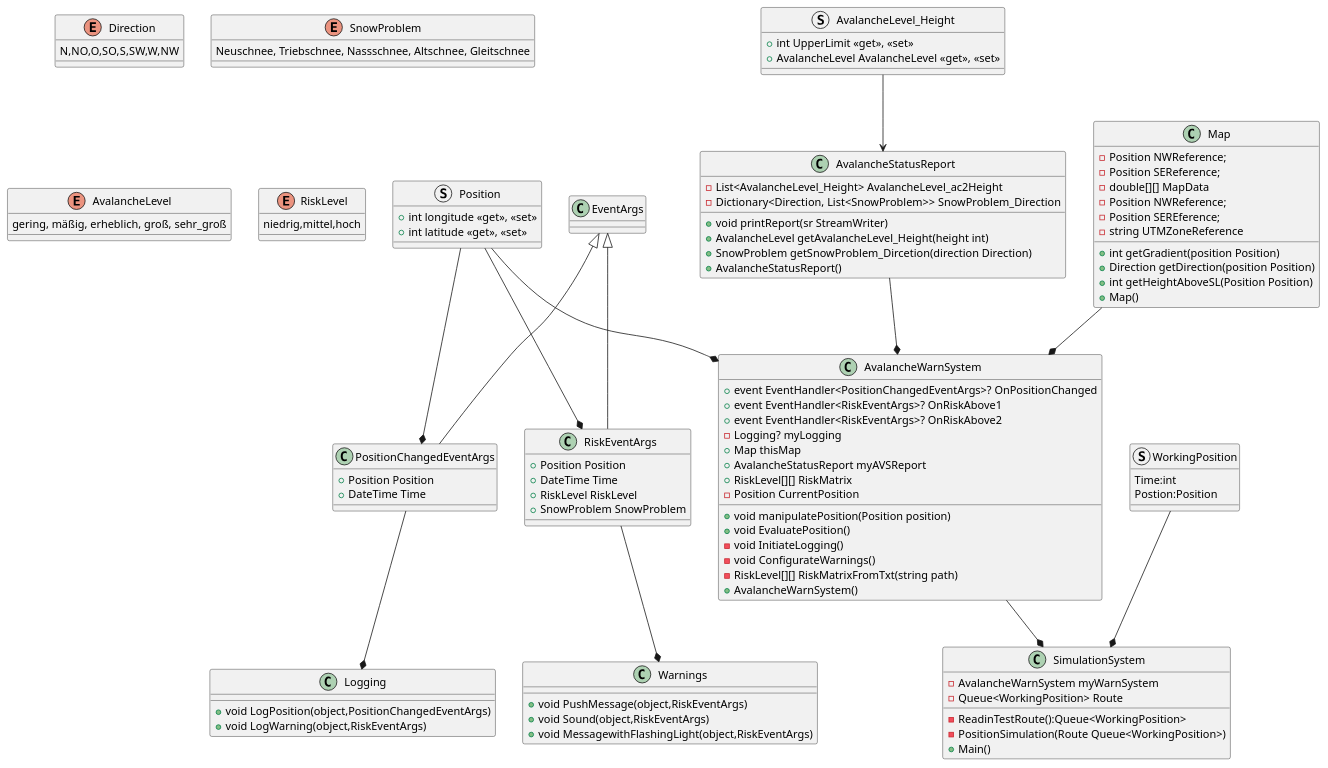
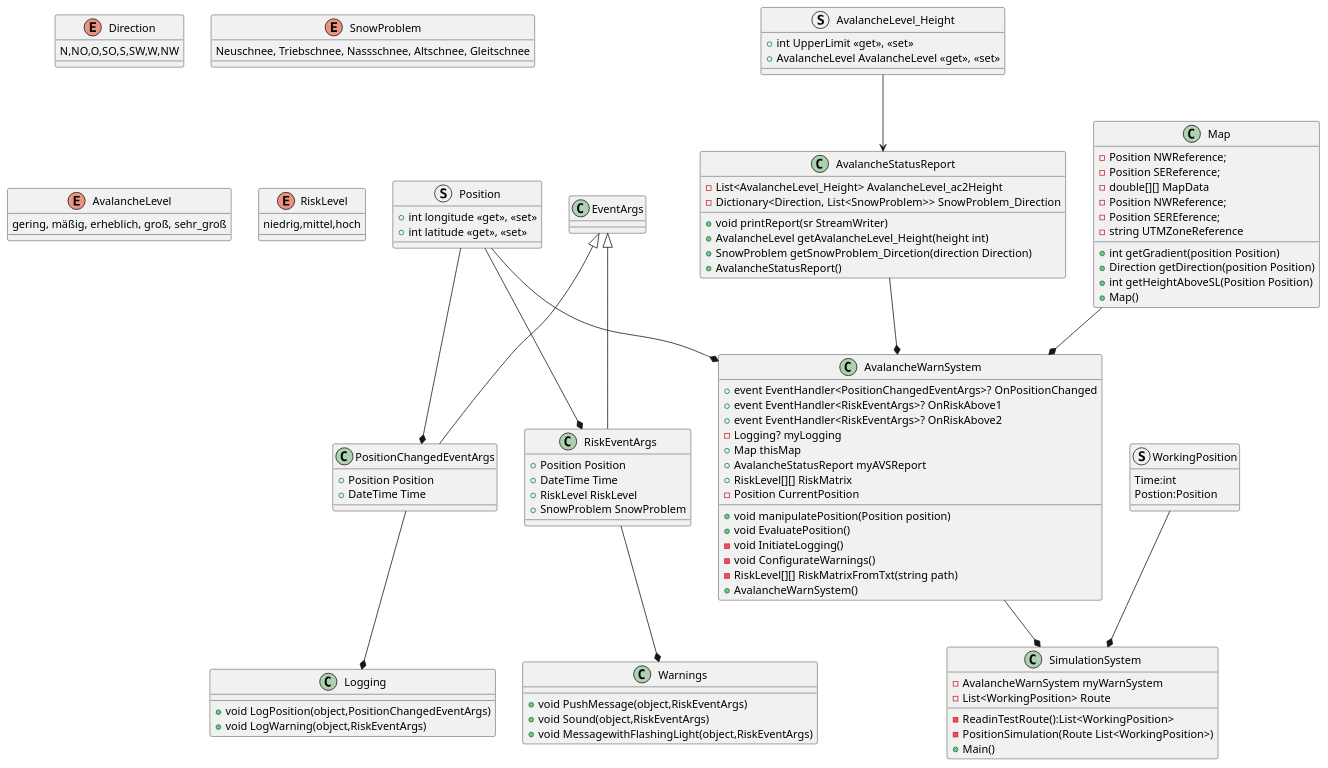
Before and after one commit to ganz-anders/poorgrammar: the diagram in ClassDiagram.puml, drawn with PlantUML. The commit also changed 1 other file, not shown here.

Commit message:
SimulationSystem.Route is List now

```diff
--- a/ClassDiagram.puml
+++ b/ClassDiagram.puml
@@ -1,130 +1,130 @@
 @startuml ClassDiagram
 enum Direction
 {
     N,NO,O,SO,S,SW,W,NW
 }
 
 enum SnowProblem
 {
     Neuschnee, Triebschnee, Nassschnee, Altschnee, Gleitschnee
 }
 
 enum AvalancheLevel
 {
     gering, mäßig, erheblich, groß, sehr_groß
 }
 
 enum RiskLevel
 {
     niedrig,mittel,hoch
 }
 
 struct Position
 {
     + int longitude <<get>>, <<set>>
     + int latitude <<get>>, <<set>>
 }
 
 struct AvalancheLevel_Height
 {
     + int UpperLimit <<get>>, <<set>>
     + AvalancheLevel AvalancheLevel <<get>>, <<set>>
 }
 
 class AvalancheStatusReport
 {
     - List<AvalancheLevel_Height> AvalancheLevel_ac2Height
     - Dictionary<Direction, List<SnowProblem>> SnowProblem_Direction
     + void printReport(sr StreamWriter)
     + AvalancheLevel getAvalancheLevel_Height(height int)
     + SnowProblem getSnowProblem_Dircetion(direction Direction)
     + AvalancheStatusReport()
 }
 
 class Map
 {
     - Position NWReference;
     - Position SEReference;
     - double[][] MapData
     - Position NWReference;
     - Position SEREference;
     - string UTMZoneReference
     + int getGradient(position Position)
     + Direction getDirection(position Position)
     + int getHeightAboveSL(Position Position)
     + Map()
 }
 
 class Warnings
 {
     + void PushMessage(object,RiskEventArgs)
     + void Sound(object,RiskEventArgs)
     + void MessagewithFlashingLight(object,RiskEventArgs)
 }
 
 class Logging
 {
     + void LogPosition(object,PositionChangedEventArgs)
     + void LogWarning(object,RiskEventArgs)
 }
 
 class PositionChangedEventArgs
 {
     + Position Position
     + DateTime Time
 }
 
 class RiskEventArgs
 {
     + Position Position
     + DateTime Time
     + RiskLevel RiskLevel
     + SnowProblem SnowProblem
 }
 
 class AvalancheWarnSystem
 {
     + event EventHandler<PositionChangedEventArgs>? OnPositionChanged
     + event EventHandler<RiskEventArgs>? OnRiskAbove1
     + event EventHandler<RiskEventArgs>? OnRiskAbove2
     - Logging? myLogging
     + Map thisMap
     + AvalancheStatusReport myAVSReport
     + RiskLevel[][] RiskMatrix
     - Position CurrentPosition 
     + void manipulatePosition(Position position)
     + void EvaluatePosition()
     - void InitiateLogging()
     - void ConfigurateWarnings()
     - RiskLevel[][] RiskMatrixFromTxt(string path)
     + AvalancheWarnSystem()
 }
 
 struct WorkingPosition
 {
     Time:int
     Postion:Position    
 }
 class SimulationSystem
 {
     - AvalancheWarnSystem myWarnSystem
-    - Queue<WorkingPosition> Route
-    - ReadinTestRoute():Queue<WorkingPosition>
-    - PositionSimulation(Route Queue<WorkingPosition>)
+    - List<WorkingPosition> Route
+    - ReadinTestRoute():List<WorkingPosition>
+    - PositionSimulation(Route List<WorkingPosition>)
     + Main()
 }
 
 RiskEventArgs --* Warnings
 PositionChangedEventArgs --* Logging
 EventArgs <|-- RiskEventArgs
 EventArgs <|-- PositionChangedEventArgs
 AvalancheLevel_Height --> AvalancheStatusReport
 Position --* RiskEventArgs
 Position --* PositionChangedEventArgs
 Position --* AvalancheWarnSystem
 AvalancheStatusReport --* AvalancheWarnSystem
 Map --* AvalancheWarnSystem
 AvalancheWarnSystem --* SimulationSystem
 WorkingPosition --* SimulationSystem
 
 @enduml
```
